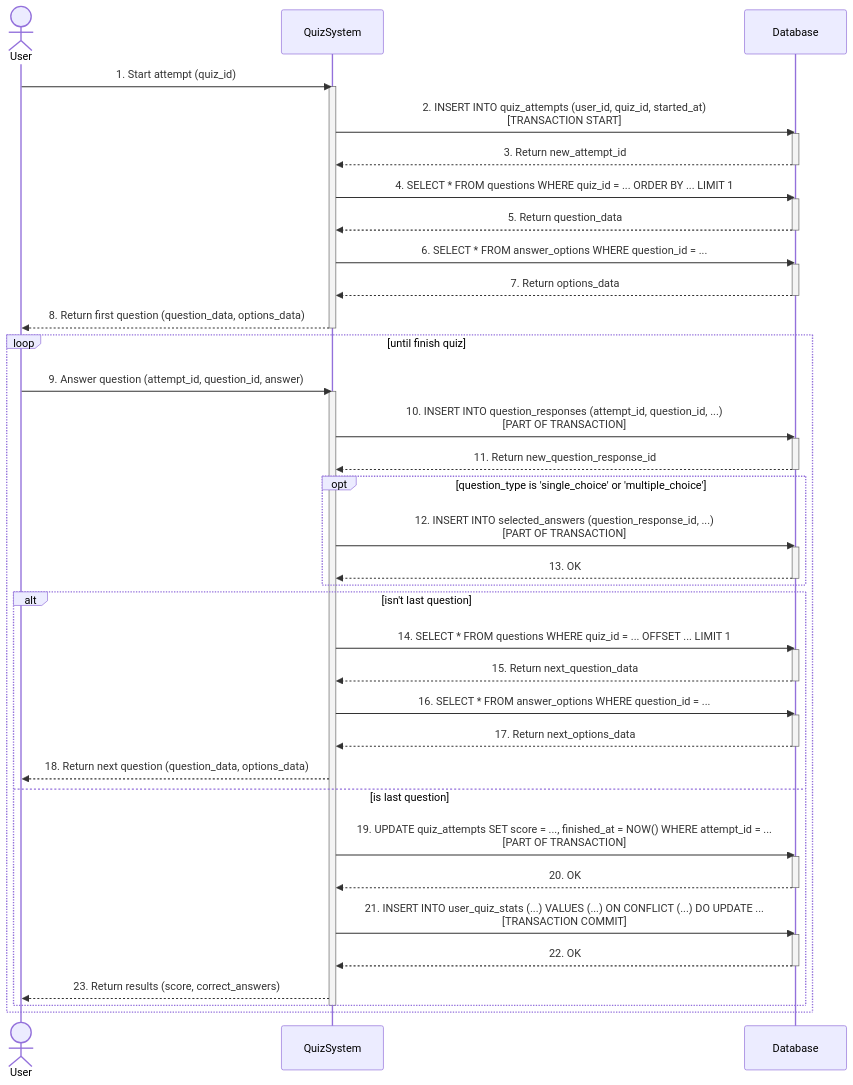
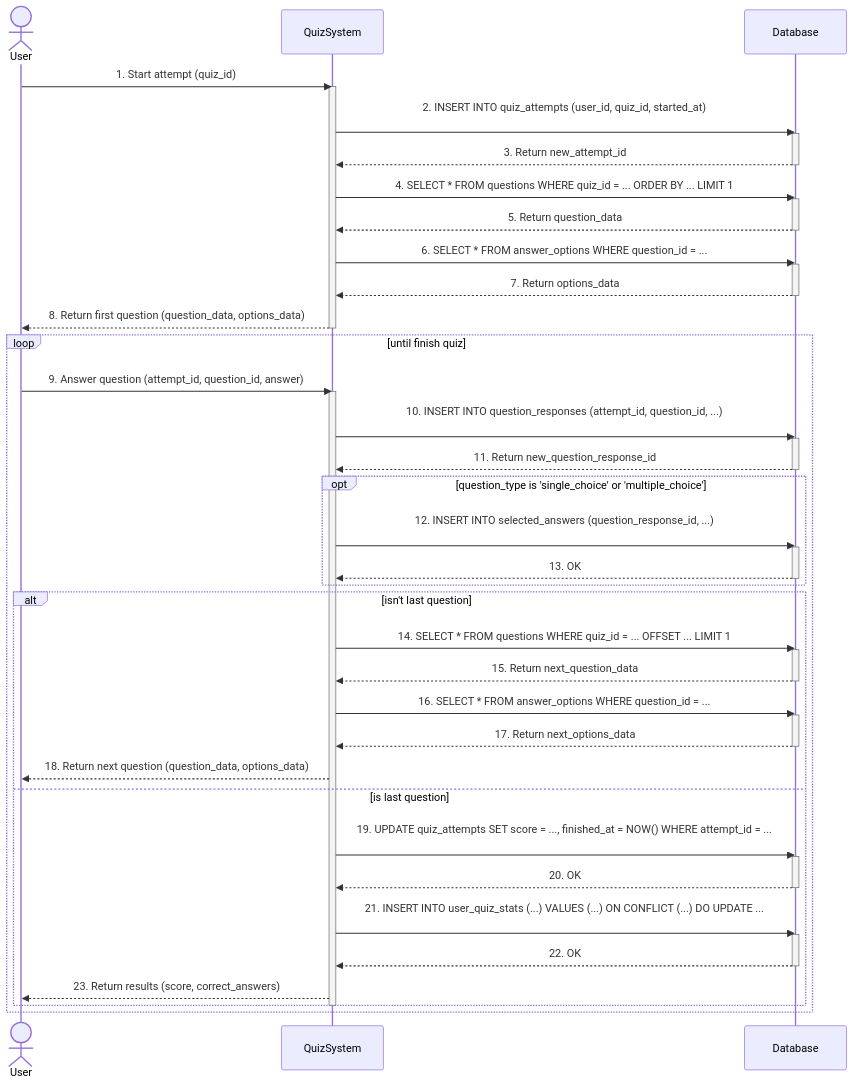
One commit to Alysseum17/KPI-labs changed the diagram in Lab3/sequence_diagram3.mmd. Above: the diagram before and after it, drawn with Mermaid.

```diff
--- a/Lab3/sequence_diagram3.mmd
+++ b/Lab3/sequence_diagram3.mmd
@@ -1,80 +1,80 @@
 sequenceDiagram
     actor User
     participant QuizSystem
     participant Database
 
 
     User->>QuizSystem: 1. Start attempt (quiz_id)
     activate QuizSystem
 
 
-    QuizSystem->>Database: 2. INSERT INTO quiz_attempts (user_id, quiz_id, started_at)<br/>[TRANSACTION START]
+    QuizSystem->>Database: 2. INSERT INTO quiz_attempts (user_id, quiz_id, started_at)<br/>
     activate Database
     Database-->>QuizSystem: 3. Return new_attempt_id
     deactivate Database
 
 
     QuizSystem->>Database: 4. SELECT * FROM questions WHERE quiz_id = ... ORDER BY ... LIMIT 1
     activate Database
     Database-->>QuizSystem: 5. Return question_data
     deactivate Database
     
 
     QuizSystem->>Database: 6. SELECT * FROM answer_options WHERE question_id = ...
     activate Database
     Database-->>QuizSystem: 7. Return options_data
     deactivate Database
 
     QuizSystem-->>User: 8. Return first question (question_data, options_data)
     deactivate QuizSystem
 
     loop until finish quiz
         User->>QuizSystem: 9. Answer question (attempt_id, question_id, answer)
         activate QuizSystem
 
-        QuizSystem->>Database: 10. INSERT INTO question_responses (attempt_id, question_id, ...)<br/>[PART OF TRANSACTION]
+        QuizSystem->>Database: 10. INSERT INTO question_responses (attempt_id, question_id, ...)<br/>
         activate Database
         Database-->>QuizSystem: 11. Return new_question_response_id
         deactivate Database
 
     
         opt question_type is 'single_choice' or 'multiple_choice'
-             QuizSystem->>Database: 12. INSERT INTO selected_answers (question_response_id, ...)<br/>[PART OF TRANSACTION]
+             QuizSystem->>Database: 12. INSERT INTO selected_answers (question_response_id, ...)<br/>
              activate Database
              Database-->>QuizSystem: 13. OK
              deactivate Database
         end
 
 
         alt isn't last question
        
             QuizSystem->>Database: 14. SELECT * FROM questions WHERE quiz_id = ... OFFSET ... LIMIT 1
             activate Database
             Database-->>QuizSystem: 15. Return next_question_data
             deactivate Database
             
             QuizSystem->>Database: 16. SELECT * FROM answer_options WHERE question_id = ...
             activate Database
             Database-->>QuizSystem: 17. Return next_options_data
             deactivate Database
             
             QuizSystem-->>User: 18. Return next question (question_data, options_data)
 
         else is last question
     
         
             
-            QuizSystem->>Database: 19. UPDATE quiz_attempts SET score = ..., finished_at = NOW() WHERE attempt_id = ...<br/>[PART OF TRANSACTION]
+            QuizSystem->>Database: 19. UPDATE quiz_attempts SET score = ..., finished_at = NOW() WHERE attempt_id = ...<br/>
             activate Database
             Database-->>QuizSystem: 20. OK
             deactivate Database
 
-            QuizSystem->>Database: 21. INSERT INTO user_quiz_stats (...) VALUES (...) ON CONFLICT (...) DO UPDATE ...<br/>[TRANSACTION COMMIT]
+            QuizSystem->>Database: 21. INSERT INTO user_quiz_stats (...) VALUES (...) ON CONFLICT (...) DO UPDATE ...<br/>
             activate Database
             Database-->>QuizSystem: 22. OK
             deactivate Database
             
             QuizSystem-->>User: 23. Return results (score, correct_answers)
         end
         deactivate QuizSystem
     end
```
